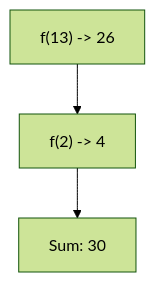
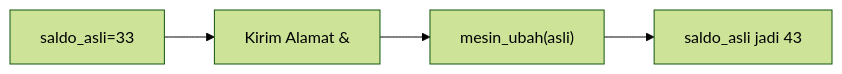
One commit to amnahwaida/OSNK_INF_PREP changed diagram 13 of 25 in part-c-pemahaman-cpp/04-fungsi/latihan/set-06.md. Above: the diagram before and after it, drawn with Mermaid (forest theme). The commit also changed other lines of this file and 71 other files, not shown here.

````diff
--- a/part-c-pemahaman-cpp/04-fungsi/latihan/set-06.md
+++ b/part-c-pemahaman-cpp/04-fungsi/latihan/set-06.md
@@ -342,5 +357,6 @@
 ```mermaid
-graph TD
-A["f(13) -> 26"] --> B["f(2) -> 4"]
-B --> C["Sum: 30"]
+graph LR
+A["saldo_asli=33"] --> B["Kirim Alamat &"]
+B --> C["mesin_ubah(asli)"]
+C --> D["saldo_asli jadi 43"]
 ```
````
